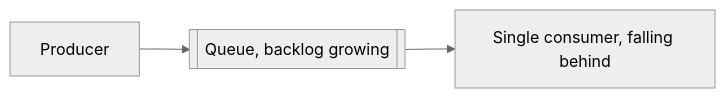
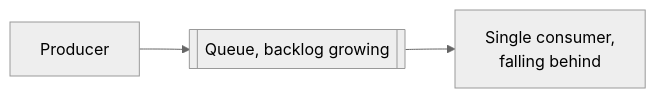
One commit to zirachw/LockedIn changed the second of 2 diagrams in system-design/messaging/queue.md. Above: the diagram before and after it, drawn with Mermaid (neutral theme).

Commit message:
feat: adjust queue

````diff
--- a/system-design/messaging/queue.md
+++ b/system-design/messaging/queue.md
@@ -19,5 +19,5 @@
 ```mermaid
 flowchart LR
     P[Producer] --> Q[[Queue, backlog growing]]
-    Q --> C[Single consumer, falling behind]
+    Q --> C[Single consumer,<br/>falling behind]
 ```
````
